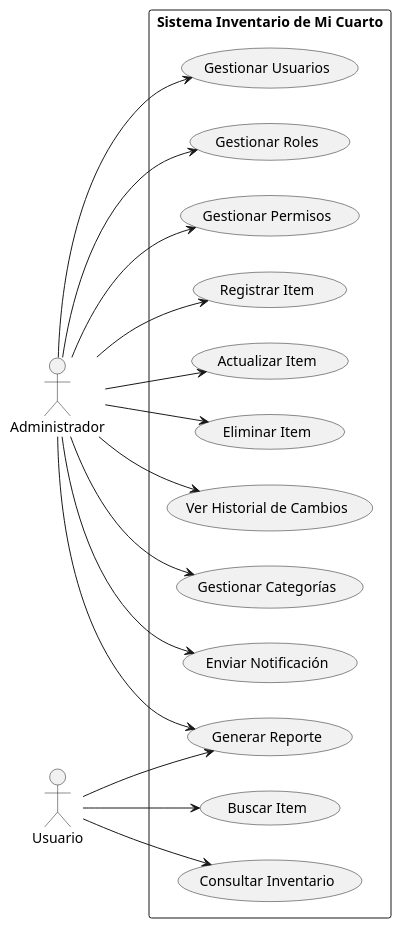
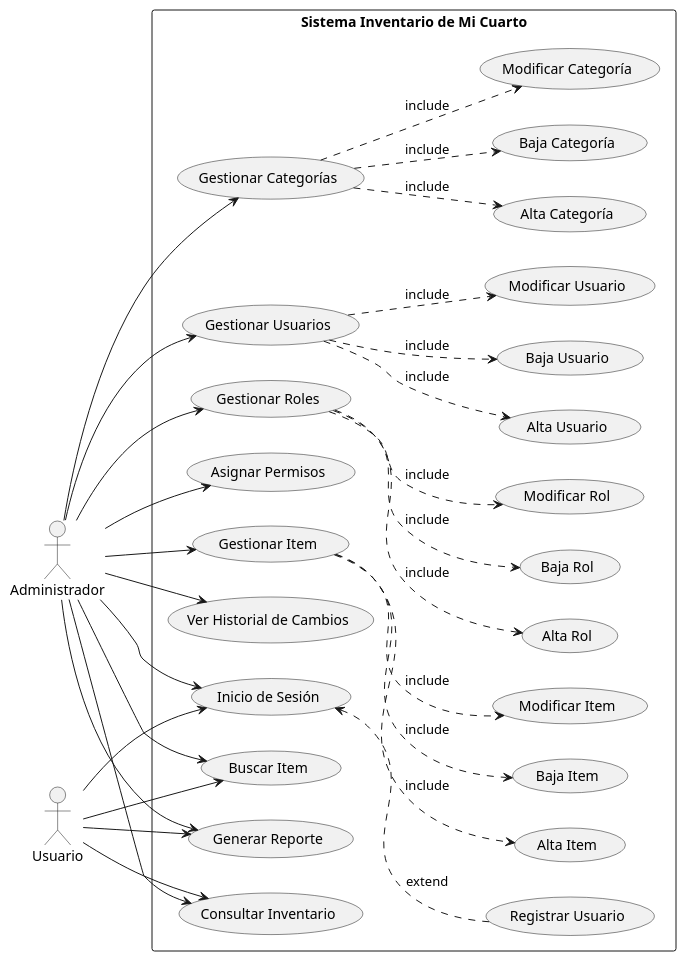
The diagram in UML-homework.puml (ricardouriegas/notas-cuatri7), drawn with PlantUML before and after one commit.

Commit message:
homework update

```diff
--- a/UML-homework.puml
+++ b/UML-homework.puml
@@ -2,39 +2,79 @@
 @startuml nose
 ' view in vertical direction
 left to right direction
 
 :Administrador: as Admin
 :Usuario: as User
 
 rectangle "Sistema Inventario de Mi Cuarto" {
-    (Registrar Item) as CU1
-    (Actualizar Item) as CU2
-    (Eliminar Item) as CU3
+    (Inicio de Sesión) as CU0
+    (Registrar Usuario) as CU0.1
+    (Gestionar Item) as CU1
     (Consultar Inventario) as CU4
     (Buscar Item) as CU5
     (Generar Reporte) as CU6
     (Ver Historial de Cambios) as CU7
     (Gestionar Categorías) as CU8
-    (Enviar Notificación) as CU9
     (Gestionar Usuarios) as CU10
     (Gestionar Roles) as CU11
-    (Gestionar Permisos) as CU12
+    (Asignar Permisos) as CU12
+
+    ' item
+    (Alta Item) as CU1.1
+    (Baja Item) as CU1.2
+    (Modificar Item) as CU1.3
+
+    ' categoría
+    (Alta Categoría) as CU8.1
+    (Baja Categoría) as CU8.2
+    (Modificar Categoría) as CU8.3
+
+    ' usuarios
+    (Alta Usuario) as CU10.1
+    (Baja Usuario) as CU10.2
+    (Modificar Usuario) as CU10.3
+
+    ' roles
+    (Alta Rol) as CU11.1
+    (Baja Rol) as CU11.2
+    (Modificar Rol) as CU11.3
+
+
+    ' todos los gestionar deben tener include alta, baja, modificación y consulta
+    CU1 .-> CU1.1 : include
+    CU1 .-> CU1.2 : include
+    CU1 .-> CU1.3 : include
+
+    CU8 .-> CU8.1 : include
+    CU8 .-> CU8.2 : include
+    CU8 .-> CU8.3 : include
+
+    CU10 .-> CU10.1 : include
+    CU10 .-> CU10.2 : include
+    CU10 .-> CU10.3 : include
+
+    CU11 .-> CU11.1 : include
+    CU11 .-> CU11.2 : include
+    CU11 .-> CU11.3 : include
 }
 
+CU0 <.- CU0.1 : extend
+
+Admin --> CU0
 Admin --> CU1
-Admin --> CU2
-Admin --> CU3
+Admin --> CU4
+Admin --> CU5
 Admin --> CU6
 Admin --> CU7
 Admin --> CU8
-Admin --> CU9
 Admin --> CU10
 Admin --> CU11
 Admin --> CU12
 
+User --> CU0
 User --> CU4
 User --> CU5
 User --> CU6
 
 
 @enduml
```
